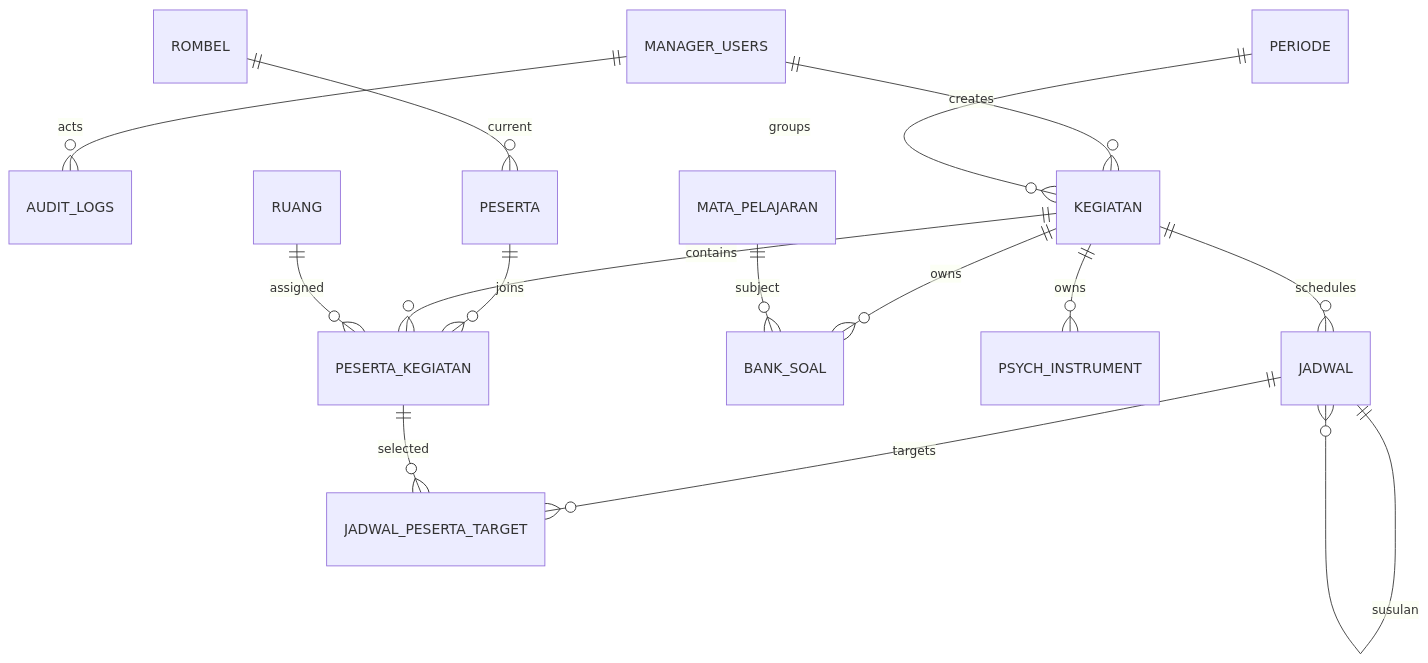
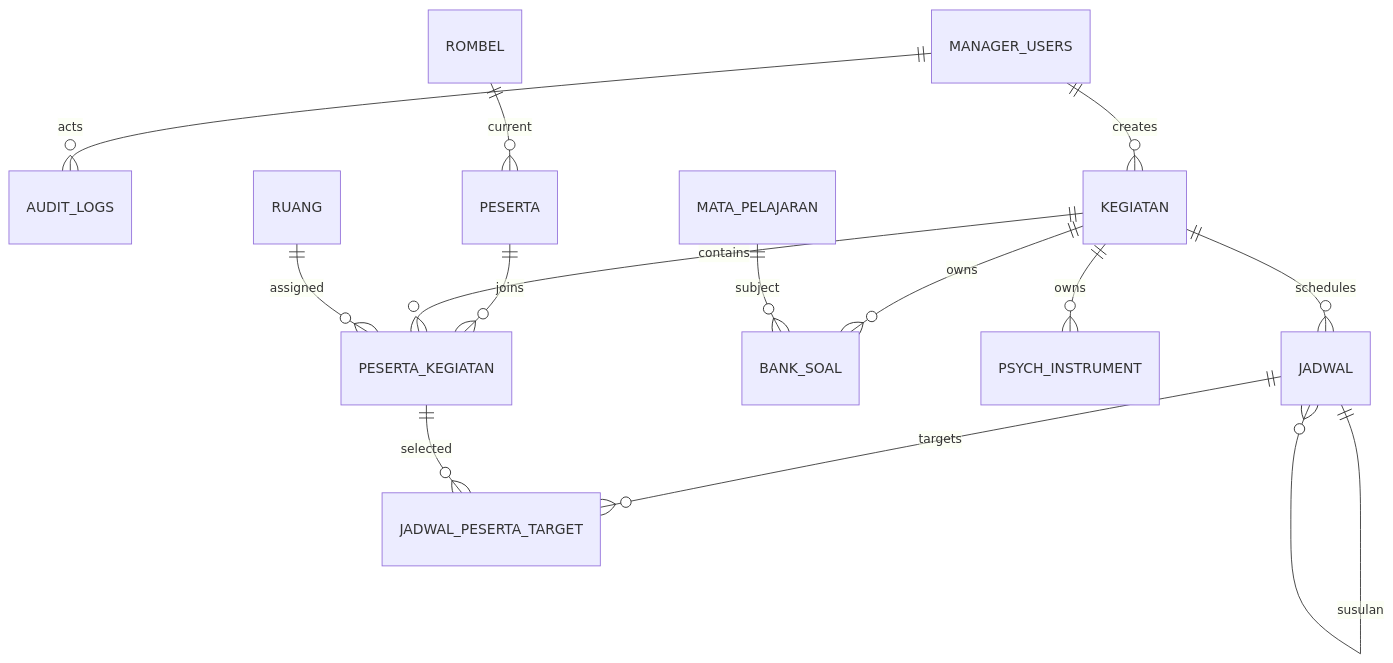
Before and after one commit to Al-Faroz/cbt-hero: the first of 3 diagrams in docs/CBT-HERO_DATABASE_ERD_FINAL.md, drawn with Mermaid. The commit also changed other lines of this file and 10 other files, not shown here.

Commit message:
Phase 2A - Replace Periode master with Kegiatan academic context

````diff
--- a/docs/CBT-HERO_DATABASE_ERD_FINAL.md
+++ b/docs/CBT-HERO_DATABASE_ERD_FINAL.md
@@ -1403,17 +1389,16 @@
 ```mermaid
 erDiagram
     MANAGER_USERS ||--o{ AUDIT_LOGS : acts
     MANAGER_USERS ||--o{ KEGIATAN : creates
-    PERIODE ||--o{ KEGIATAN : groups
     ROMBEL ||--o{ PESERTA : current
     PESERTA ||--o{ PESERTA_KEGIATAN : joins
     KEGIATAN ||--o{ PESERTA_KEGIATAN : contains
     RUANG ||--o{ PESERTA_KEGIATAN : assigned
     KEGIATAN ||--o{ BANK_SOAL : owns
     MATA_PELAJARAN ||--o{ BANK_SOAL : subject
     KEGIATAN ||--o{ PSYCH_INSTRUMENT : owns
     KEGIATAN ||--o{ JADWAL : schedules
     JADWAL ||--o{ JADWAL : susulan
     JADWAL ||--o{ JADWAL_PESERTA_TARGET : targets
     PESERTA_KEGIATAN ||--o{ JADWAL_PESERTA_TARGET : selected
 ```
````
